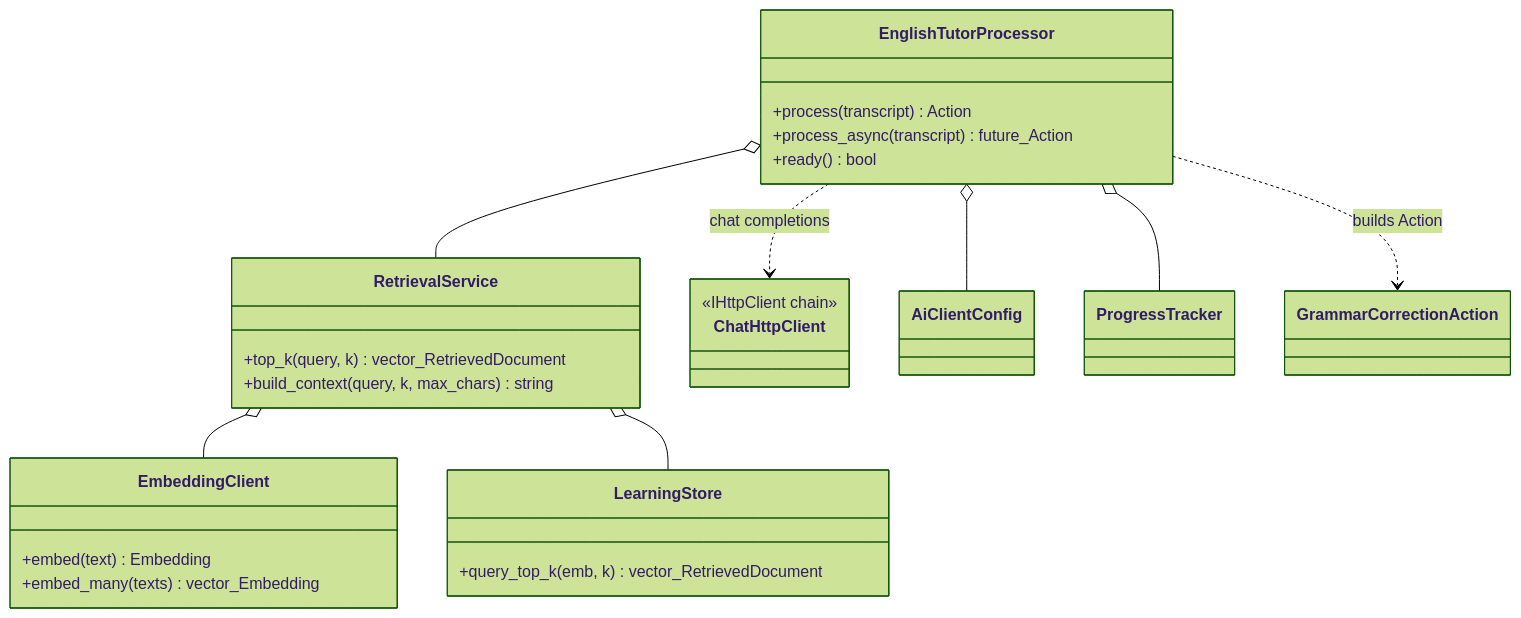
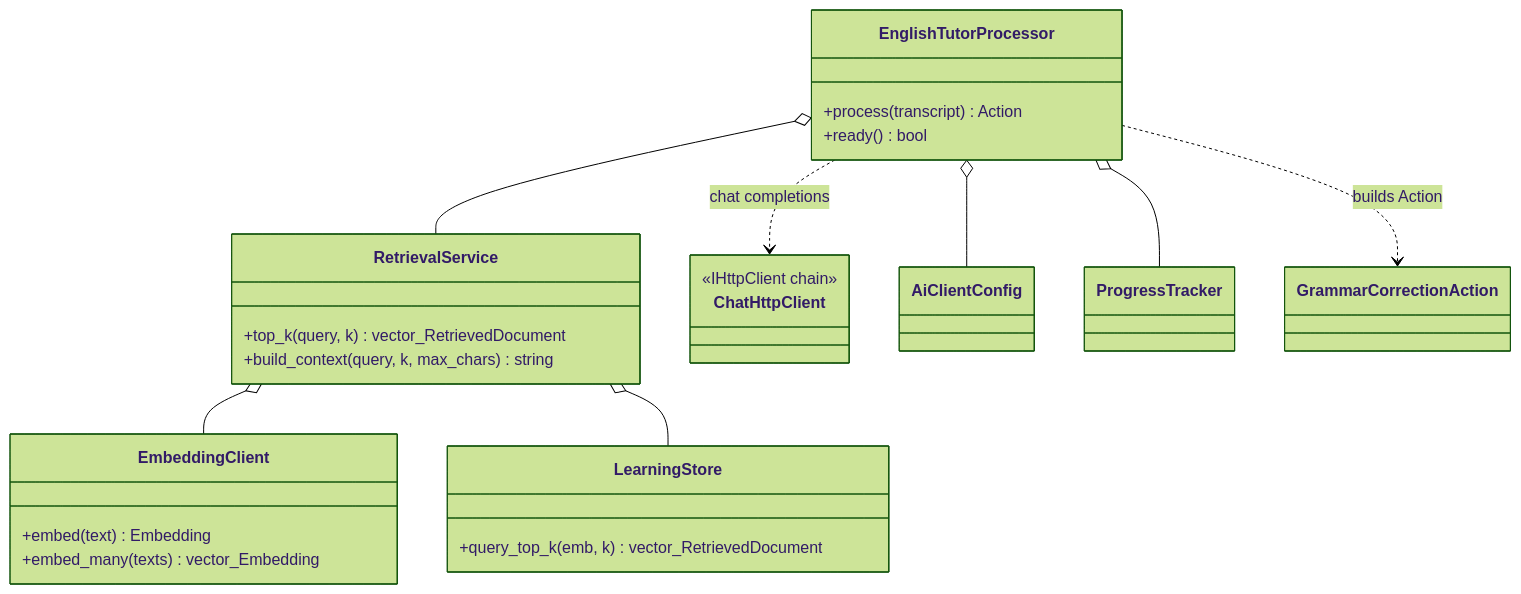
The first of 2 diagrams in sound/src/learning/README.md (vduckute1812/hecquin), drawn with Mermaid (forest theme) before and after one commit. The commit also changed other lines of this file and 73 other files, not shown here.

````diff
--- a/sound/src/learning/README.md
+++ b/sound/src/learning/README.md
@@ -54,33 +54,32 @@
 ```mermaid
 classDiagram
     class EnglishTutorProcessor {
         +process(transcript) Action
-        +process_async(transcript) future_Action
         +ready() bool
     }
     class RetrievalService {
         +top_k(query, k) vector_RetrievedDocument
         +build_context(query, k, max_chars) string
     }
     class EmbeddingClient {
         +embed(text) Embedding
         +embed_many(texts) vector_Embedding
     }
     class LearningStore {
         +query_top_k(emb, k) vector_RetrievedDocument
     }
     class ChatHttpClient {
         <<IHttpClient chain>>
     }
     class AiClientConfig
     class ProgressTracker
     class GrammarCorrectionAction
 
     EnglishTutorProcessor o-- RetrievalService
     EnglishTutorProcessor o-- ProgressTracker
     EnglishTutorProcessor o-- AiClientConfig
     EnglishTutorProcessor ..> ChatHttpClient : chat completions
     EnglishTutorProcessor ..> GrammarCorrectionAction : builds Action
     RetrievalService o-- EmbeddingClient
     RetrievalService o-- LearningStore
 ```
````
